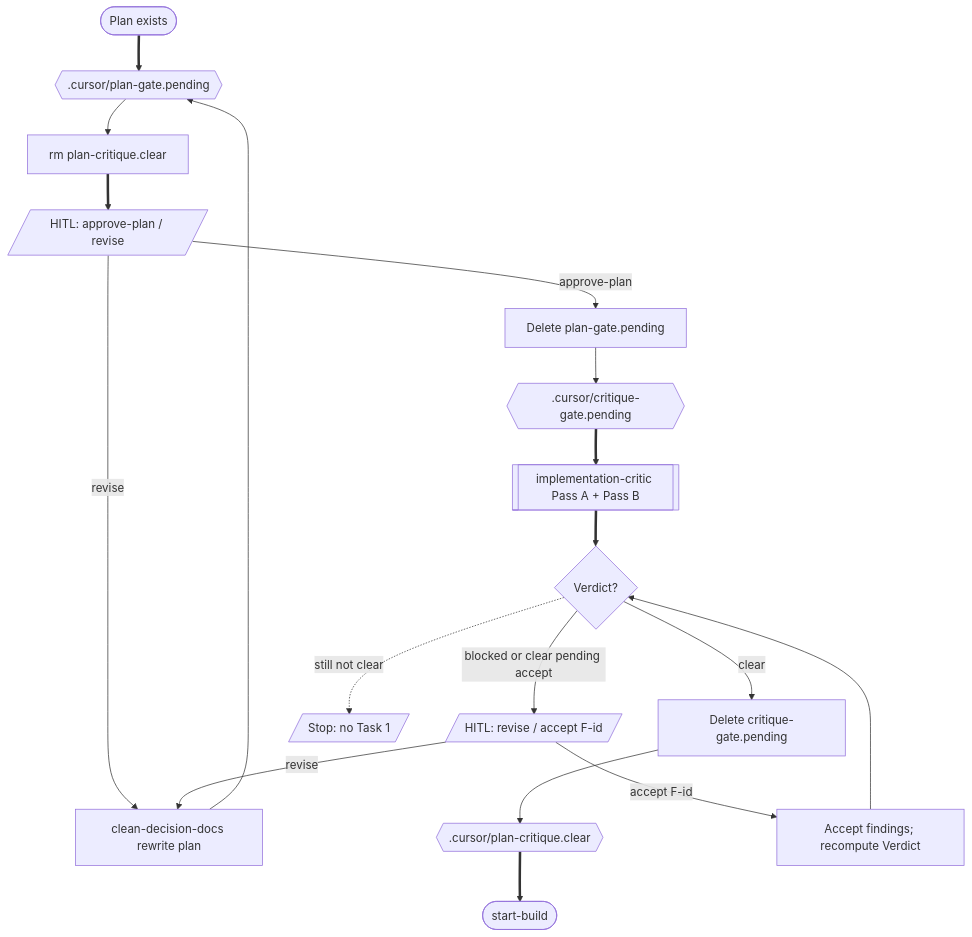
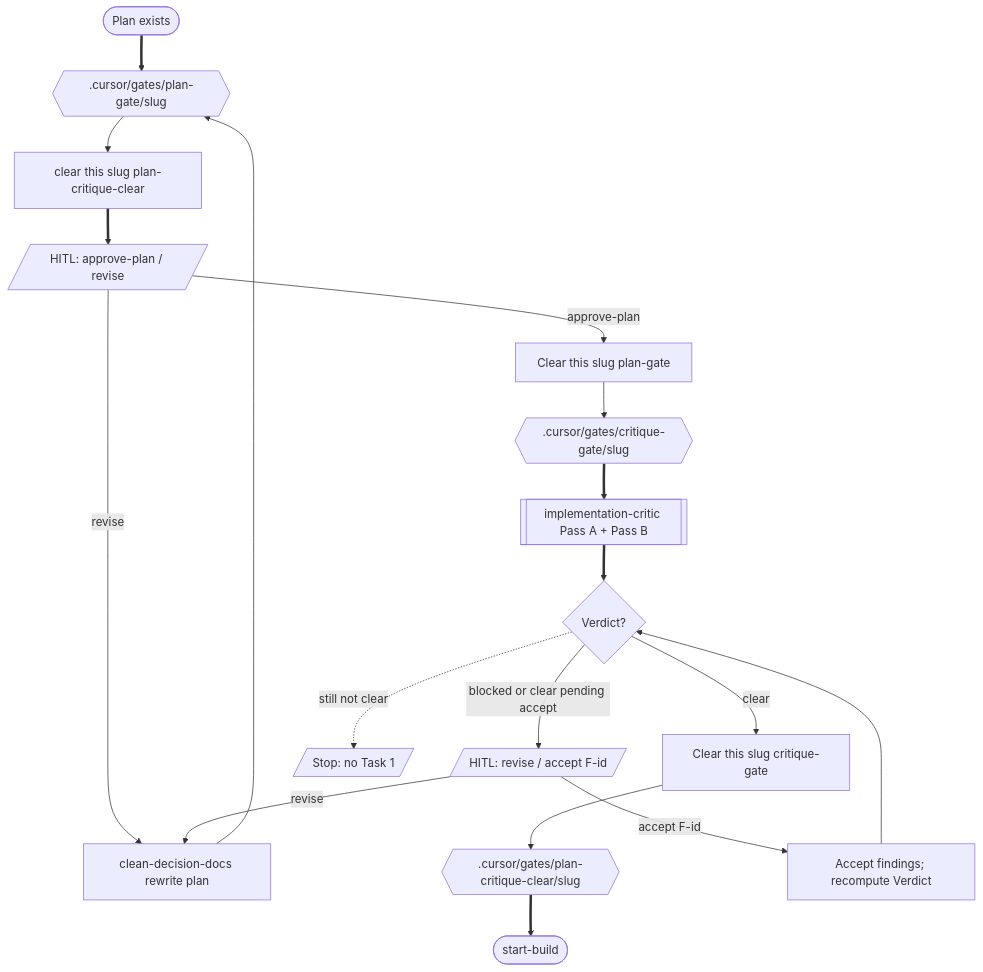
Before and after one commit to a-trembak/cursor-spells: the third of 11 diagrams in docs/superpowers/pipeline-flow.md, drawn with Mermaid. The commit also changed other lines of this file and 3 other files, not shown here.

First line of the commit message:
docs: document per-plan pipeline gate paths

````diff
--- a/docs/superpowers/pipeline-flow.md
+++ b/docs/superpowers/pipeline-flow.md
@@ -111,36 +111,36 @@
 ```mermaid
 flowchart TD
   planReady(["Plan exists"])
-  writeGate{{".cursor/plan-gate.pending"}}
-  clearStale["rm plan-critique.clear"]
+  writeGate{{".cursor/gates/plan-gate/slug"}}
+  clearStale["clear this slug plan-critique-clear"]
   hitlApprove[/"HITL: approve-plan / revise"/]
   revisePlan["clean-decision-docs rewrite plan"]
-  delGate["Delete plan-gate.pending"]
-  writeCritique{{".cursor/critique-gate.pending"}}
+  delGate["Clear this slug plan-gate"]
+  writeCritique{{".cursor/gates/critique-gate/slug"}}
   critic[["implementation-critic Pass A + Pass B"]]
   verdict{Verdict?}
-  writeClear{{".cursor/plan-critique.clear"}}
-  delCritique["Delete critique-gate.pending"]
+  writeClear{{".cursor/gates/plan-critique-clear/slug"}}
+  delCritique["Clear this slug critique-gate"]
   toBuild(["start-build"])
   blockedHitl[/"HITL: revise / accept F-id"/]
   acceptIds["Accept findings; recompute Verdict"]
   stopBlocked[/"Stop: no Task 1"/]
 
   planReady ==> writeGate
   writeGate --> clearStale
   clearStale ==> hitlApprove
   hitlApprove -->|"revise"| revisePlan
   revisePlan --> writeGate
   hitlApprove -->|"approve-plan"| delGate
   delGate --> writeCritique
   writeCritique ==> critic
   critic ==> verdict
   verdict -->|"clear"| delCritique
   delCritique --> writeClear
   writeClear ==> toBuild
   verdict -->|"blocked or clear pending accept"| blockedHitl
   blockedHitl -->|"revise"| revisePlan
   blockedHitl -->|"accept F-id"| acceptIds
   acceptIds --> verdict
   verdict -.->|"still not clear"| stopBlocked
 ```
````
